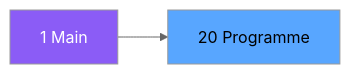
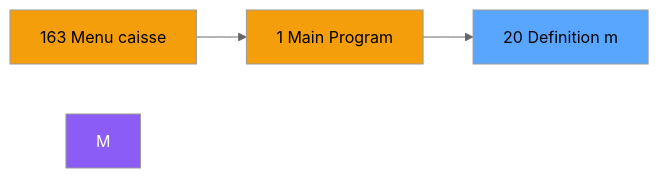
One commit to thonyAGP/magic-migration changed the second of 3 diagrams in .openspec/specs/ADH-IDE-20.md. Above: the diagram before and after it, drawn with Mermaid (neutral theme). The commit also changed other lines of this file and 323 other files, not shown here.

````diff
--- a/.openspec/specs/ADH-IDE-20.md
+++ b/.openspec/specs/ADH-IDE-20.md
@@ -98,8 +108,12 @@
 ```mermaid
 graph LR
-    M[1 Main]
-    T[20 Programme]
-    M --> T
+    N163[163 Menu caisse ]
+    N1[1 Main Program]
+    T[20 Definition m]
+    N163 --> N1
+    N1 --> T
     style M fill:#8b5cf6,color:#fff
+    style N163 fill:#f59e0b
+    style N1 fill:#f59e0b
     style T fill:#58a6ff,color:#000
 ```
````
